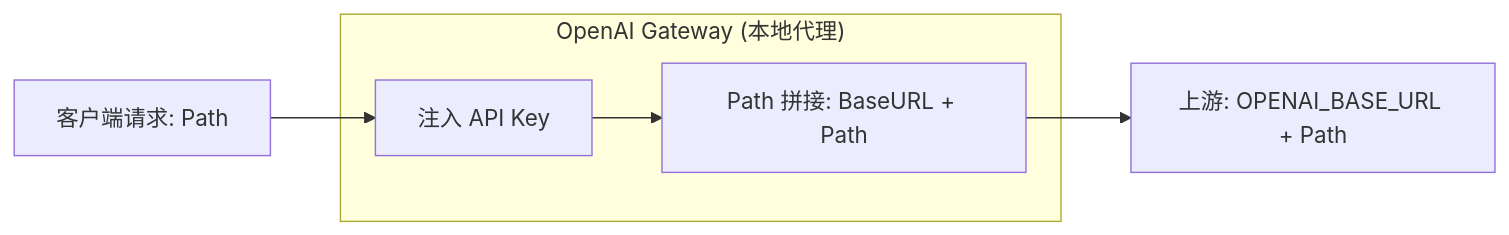
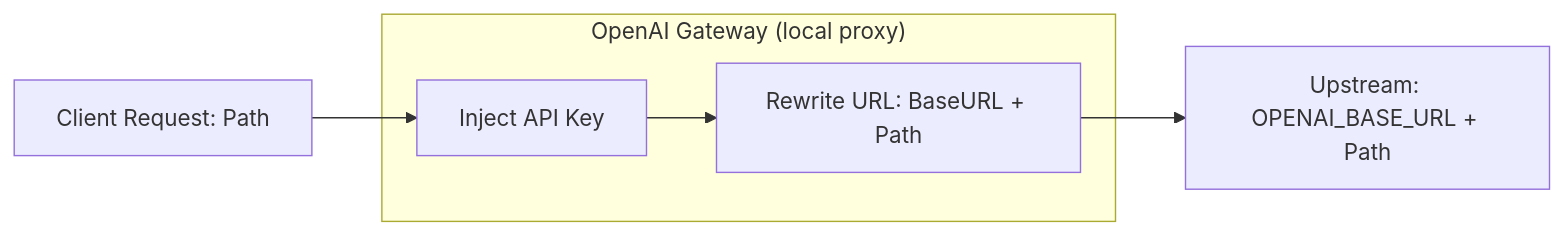
One commit to jiacai2050/my-works changed the diagram in openai-gateway/README.md. Above: the diagram before and after it, drawn with Mermaid. The commit also changed other lines of this file and 3 other files, not shown here.

````diff
--- a/openai-gateway/README.md
+++ b/openai-gateway/README.md
@@ -15,10 +15,10 @@
 ```mermaid
 graph LR
-    C1["客户端请求: Path"] --> G1
-    subgraph Gateway ["OpenAI Gateway (本地代理)"]
-        G1["注入 API Key"]
-        G2["Path 拼接: BaseURL + Path"]
+    C1["Client Request: Path"] --> G1
+    subgraph Gateway ["OpenAI Gateway (local proxy)"]
+        G1["Inject API Key"]
+        G2["Rewrite URL: BaseURL + Path"]
         G1 --> G2
     end
-    G2 --> O1["上游: OPENAI_BASE_URL + Path"]
+    G2 --> O1["Upstream: OPENAI_BASE_URL + Path"]
 ```
````
